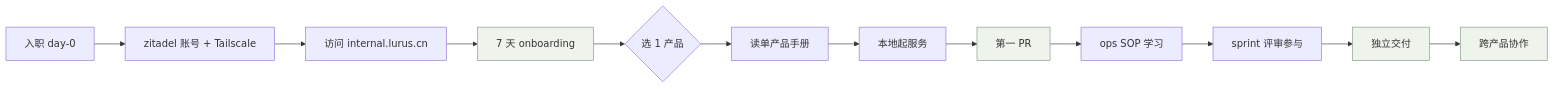
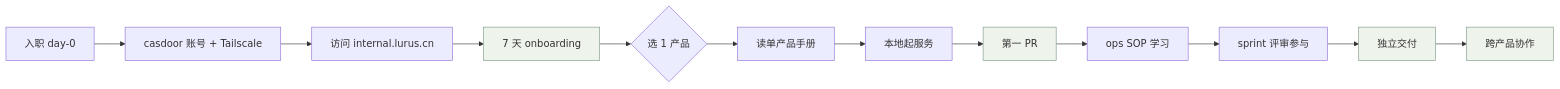
Before and after one commit to hanmahong5-arch/lurus-docs: the sixth of 8 diagrams in internal/cross/user-journeys.md, drawn with Mermaid. The commit also changed other lines of this file and 30 other files, not shown here.

Commit message:
docs(internal): IdP 术语同步 Zitadel → Casdoor(vendor-neutral OIDC 迁移文档面)

````diff
--- a/internal/cross/user-journeys.md
+++ b/internal/cross/user-journeys.md
@@ -174,17 +174,17 @@
 ```mermaid
 graph LR
-  C1[入职 day-0] --> C2[zitadel 账号 + Tailscale]
+  C1[入职 day-0] --> C2[casdoor 账号 + Tailscale]
   C2 --> C3[访问 internal.lurus.cn]
   C3 --> C4[7 天 onboarding]
   C4 --> C5{选 1 产品}
   C5 --> C6[读单产品手册]
   C6 --> C7[本地起服务]
   C7 --> C8[第一 PR]
   C8 --> C9[ops SOP 学习]
   C9 --> C10[sprint 评审参与]
   C10 --> C11[独立交付]
   C11 --> C12[跨产品协作]
 
   classDef milestone fill:#eef3ec,stroke:#7C9885
   class C4,C8,C11,C12 milestone
 ```
````
